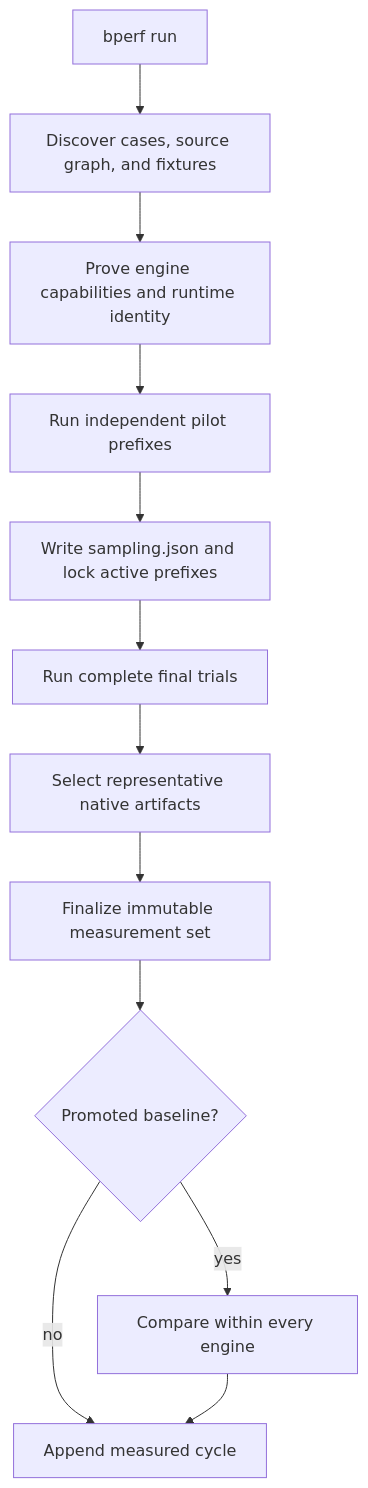
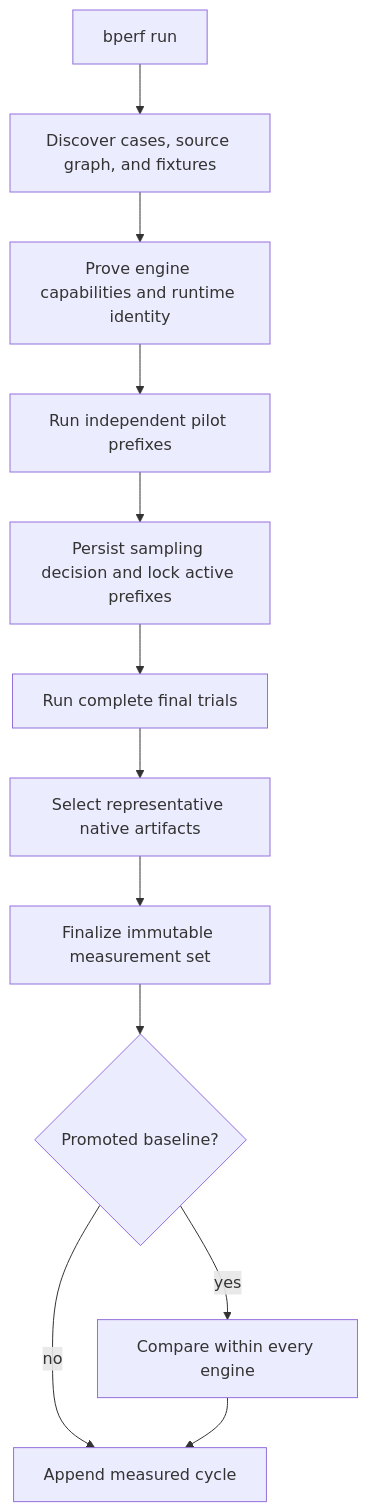
Before and after one commit to itsjamie/bperf: the first of 2 diagrams in docs/DESIGN.md, drawn with Mermaid. The commit also changed other lines of this file and 29 other files, not shown here.

````diff
--- a/docs/DESIGN.md
+++ b/docs/DESIGN.md
@@ -285,14 +285,14 @@
 ```mermaid
 flowchart TD
     RUN["bperf run"] --> DISCOVER["Discover cases, source graph, and fixtures"]
     DISCOVER --> PREFLIGHT["Prove engine capabilities and runtime identity"]
     PREFLIGHT --> PILOT["Run independent pilot prefixes"]
-    PILOT --> LOCK["Write sampling.json and lock active prefixes"]
+    PILOT --> LOCK["Persist sampling decision and lock active prefixes"]
     LOCK --> FINAL["Run complete final trials"]
     FINAL --> RETAIN["Select representative native artifacts"]
     RETAIN --> SET["Finalize immutable measurement set"]
     SET --> BASELINE{"Promoted baseline?"}
     BASELINE -- "no" --> CYCLE["Append measured cycle"]
     BASELINE -- "yes" --> COMPARE["Compare within every engine"]
     COMPARE --> CYCLE
 ```
````
